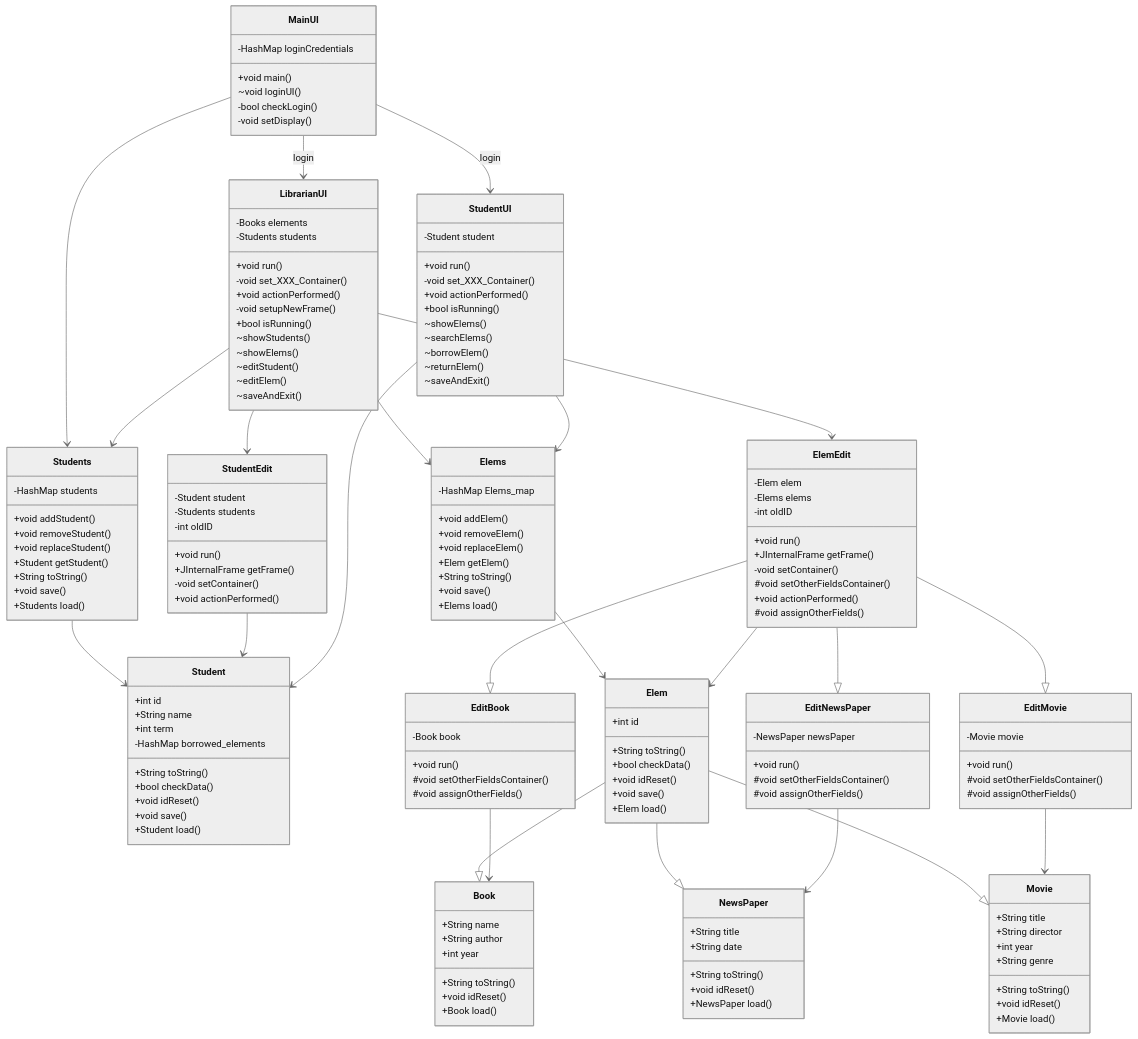
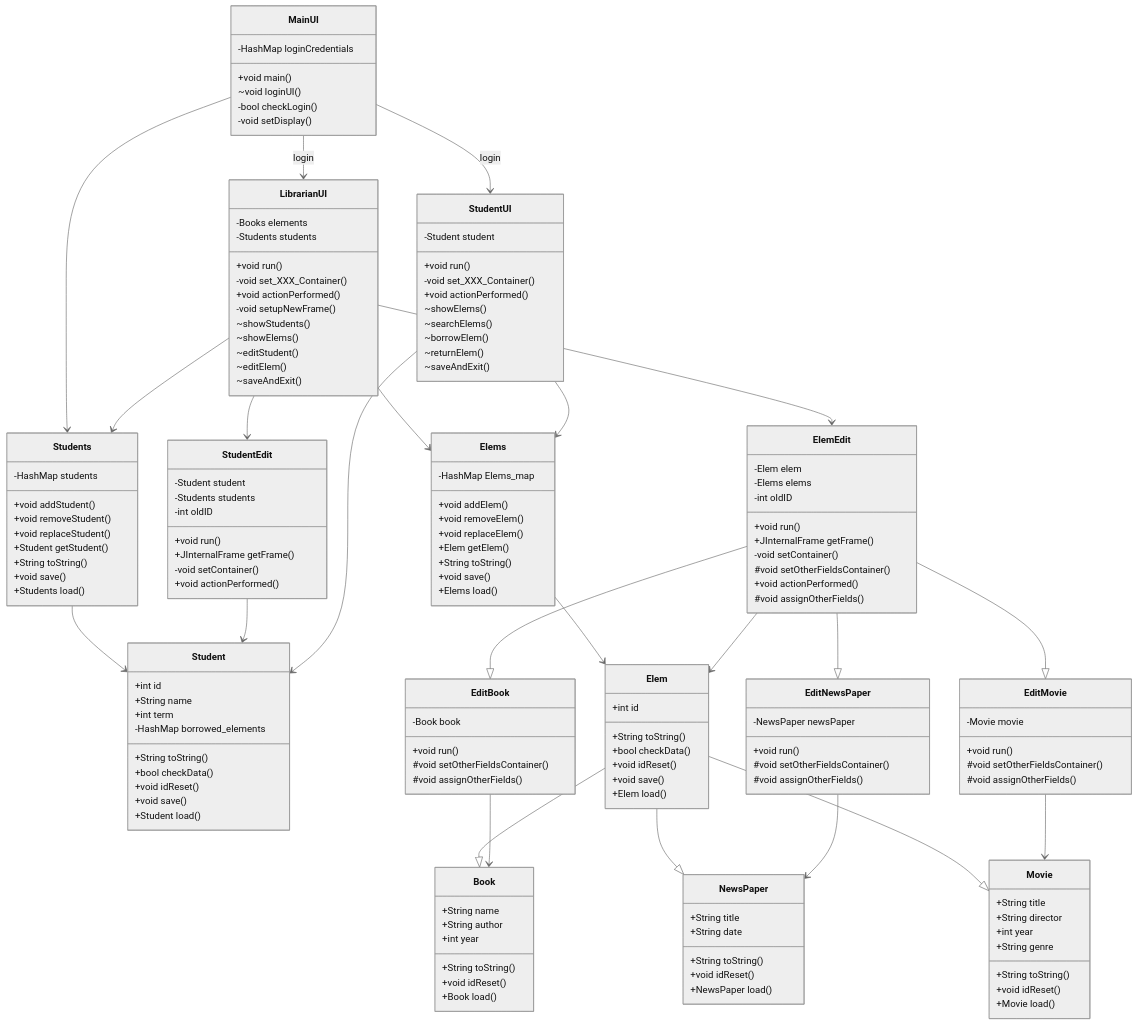
Before and after one commit to PatrykFlama/LibrarySystem: the diagram in README.md, drawn with Mermaid (neutral theme).

```diff
--- a/README.md
+++ b/README.md
@@ -59,7 +59,6 @@
         -void set_XXX_Container()
         +void actionPerformed()
         -void setupNewFrame()
-        +bool isRunning()
 
         ~showStudents()
         ~showElems()
@@ -73,7 +72,6 @@
         +void run()
         -void set_XXX_Container()
         +void actionPerformed()
-        +bool isRunning()
 
         ~showElems()
         ~searchElems()
```
